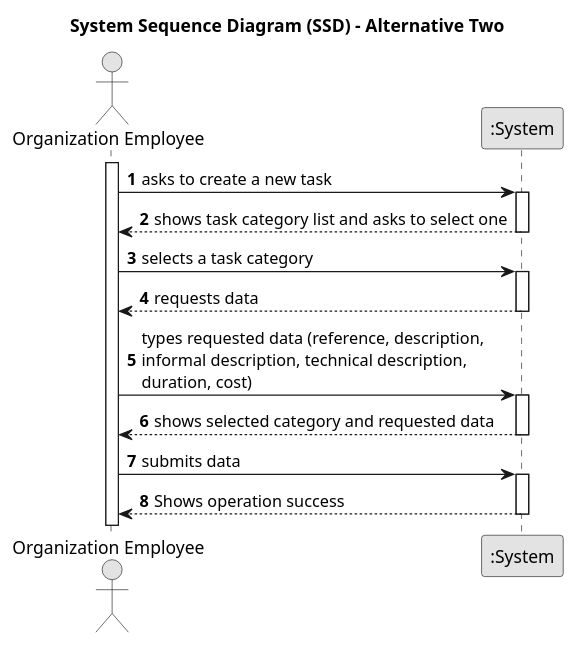
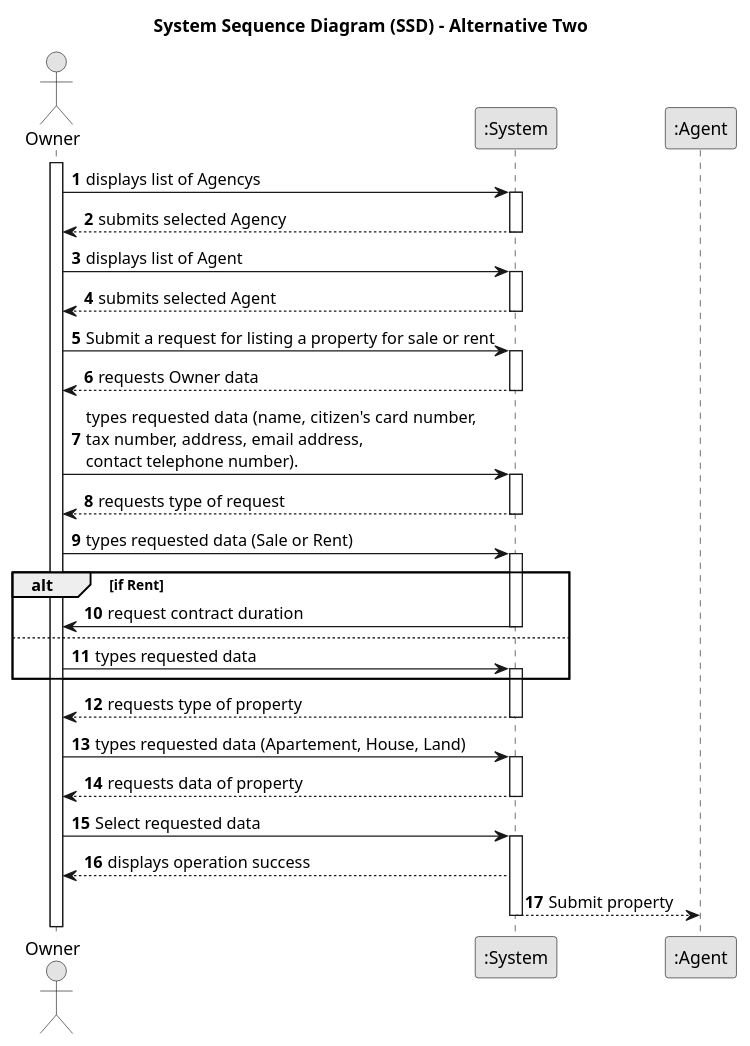
The diagram in docs/sprintA/us004/01.requirements-engineering/puml/us004-system-sequence-diagram-alternative-two.puml (Goncalves2525/real-estate-management-system), drawn with PlantUML before and after one commit. The commit also changed 3 other files, not shown here.

```diff
--- a/docs/sprintA/us004/01.requirements-engineering/puml/us004-system-sequence-diagram-alternative-two.puml
+++ b/docs/sprintA/us004/01.requirements-engineering/puml/us004-system-sequence-diagram-alternative-two.puml
@@ -1,39 +1,73 @@
 @startuml
 skinparam monochrome true
 skinparam packageStyle rectangle
 skinparam shadowing false
 
 title System Sequence Diagram (SSD) - Alternative Two
 
 autonumber
 
-actor "Organization Employee" as Employee
+actor "Owner" as Owner
 participant ":System" as System
+participant ":Agent" as Agent
 
-activate Employee
+activate Owner
 
-    Employee -> System : asks to create a new task
+        Owner -> System : displays list of Agencys
     activate System
 
-        System --> Employee : shows task category list and asks to select one
-        'System --> Employee : shows task categories list\n and requests data (reference,\ndescription,\ninformation description,\ntechnical description,\nduration, cost)
+        System --> Owner :submits selected Agency
     deactivate System
 
-    Employee -> System : selects a task category
+        Owner -> System :displays list of Agent
     activate System
 
-        System --> Employee : requests data
+       System --> Owner : submits selected Agent
     deactivate System
 
-    Employee -> System : types requested data (reference, description, \ninformal description, technical description,\nduration, cost)
+        Owner -> System : Submit a request for listing a property for sale or rent
     activate System
 
-        System --> Employee : shows selected category and requested data
+        System --> Owner : requests Owner data
     deactivate System
 
-    Employee -> System : submits data
+        Owner -> System : types requested data (name, citizen's card number, \ntax number, address, email address, \ncontact telephone number).
     activate System
 
-        System --> Employee : Shows operation success
+        System --> Owner : requests type of request
     deactivate System
+
+
+        Owner -> System : types requested data (Sale or Rent)
+    activate System
+
+
+    alt if Rent
+
+        System -> Owner: request contract duration
+        deactivate System
+    else
+
+        Owner -> System: types requested data
+        activate System
+    end
+
+        System --> Owner : requests type of property
+    deactivate System
+
+        Owner -> System : types requested data (Apartement, House, Land)
+   activate System
+
+            System --> Owner : requests data of property
+    deactivate System
+
+          Owner -> System : Select requested data
+    activate System
+
+        System --> Owner : displays operation success
+
+
+        System --> Agent : Submit property
+    deactivate System
+
 @enduml
```
